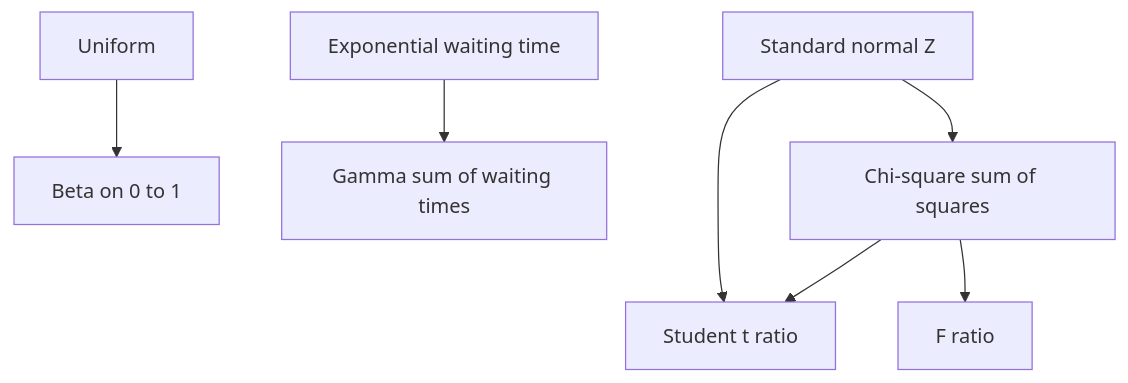
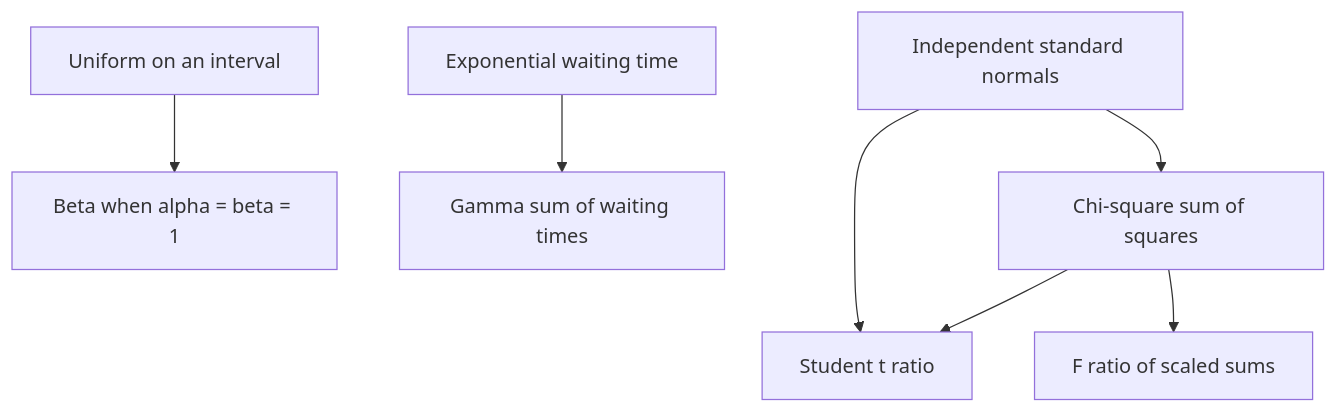
One commit to justinbrianhwang/SJ-wiki changed the diagram in docs/math/probability/common-continuous-distributions.md. Above: the diagram before and after it, drawn with Mermaid. The commit also changed other lines of this file and 166 other files, not shown here.

````diff
--- a/docs/math/probability/common-continuous-distributions.md
+++ b/docs/math/probability/common-continuous-distributions.md
@@ -119,9 +43,9 @@
 ```mermaid
 graph TD
-  Uniform[Uniform] --> Beta[Beta on 0 to 1]
-  Exponential[Exponential waiting time] --> Gamma[Gamma sum of waiting times]
-  Normal[Standard normal Z] --> Chi[Chi-square sum of squares]
-  Chi --> T[Student t ratio]
-  Chi --> F[F ratio]
-  Normal --> T
+  U["Uniform on an interval"] --> B["Beta when alpha = beta = 1"]
+  E["Exponential waiting time"] --> G["Gamma sum of waiting times"]
+  N["Independent standard normals"] --> C["Chi-square sum of squares"]
+  N --> T["Student t ratio"]
+  C --> T
+  C --> F["F ratio of scaled sums"]
 ```
````
